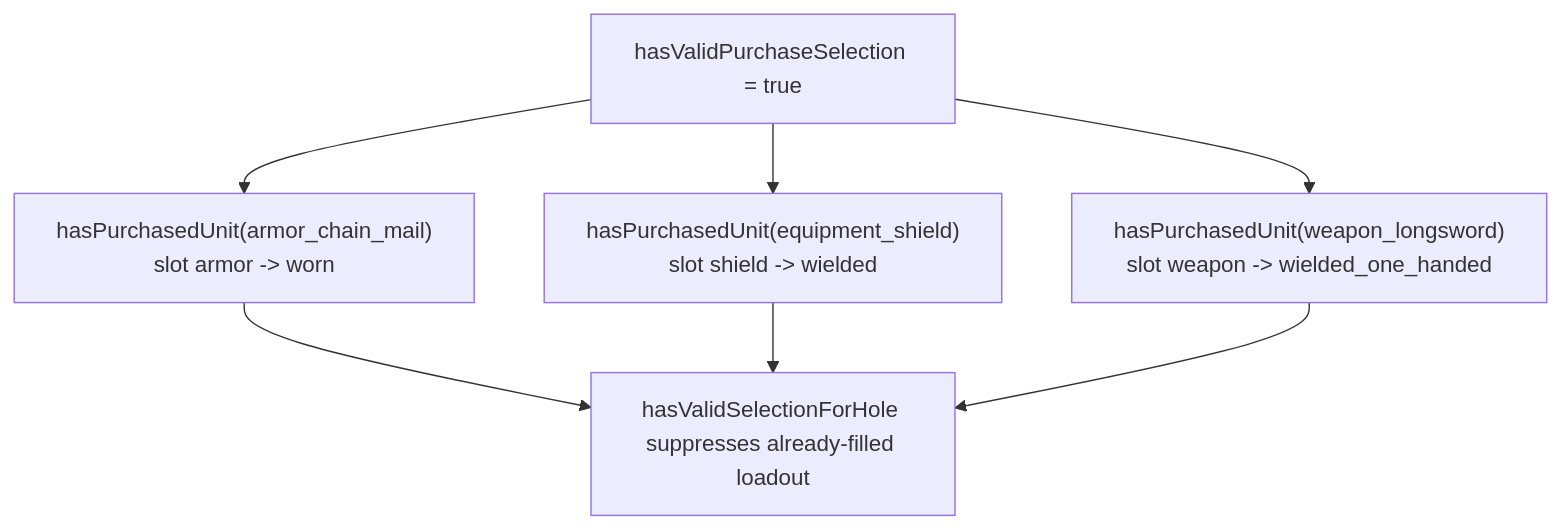
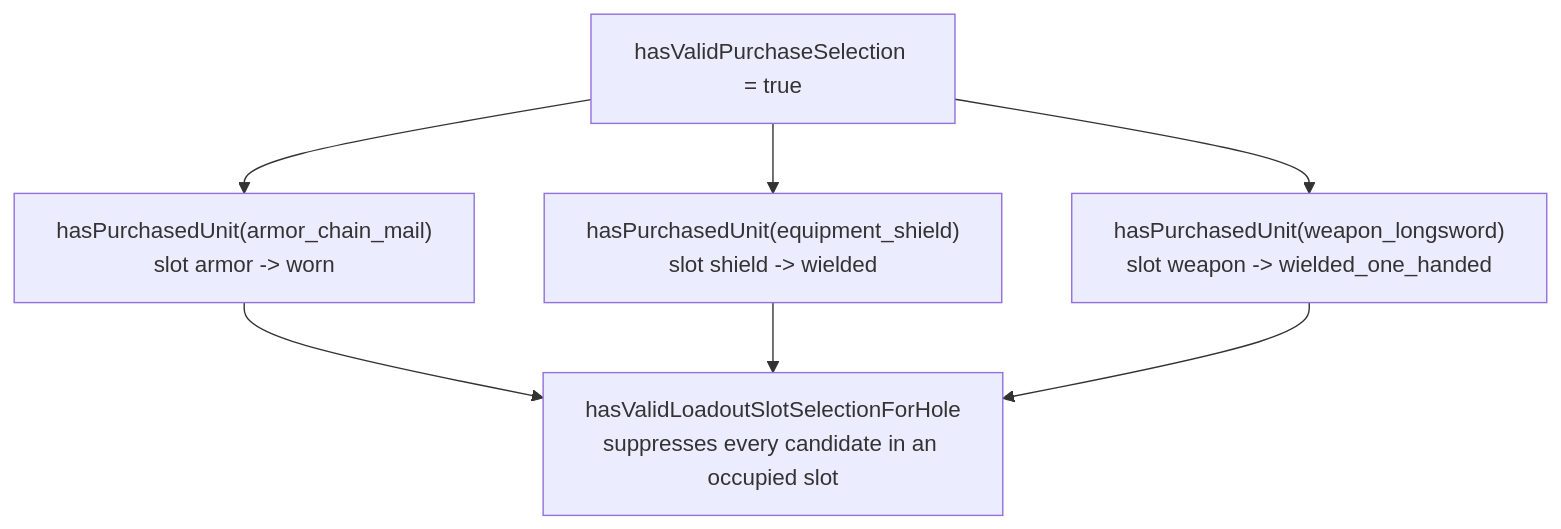
One commit to dearlordylord/5e-quint changed the eighth of 10 diagrams in packages/character-creation-runtime/EXPLANATORY_TIME_DIAGRAM.md. Above: the diagram before and after it, drawn with Mermaid. The commit also changed other lines of this file and 25 other files, not shown here.

````diff
--- a/packages/character-creation-runtime/EXPLANATORY_TIME_DIAGRAM.md
+++ b/packages/character-creation-runtime/EXPLANATORY_TIME_DIAGRAM.md
@@ -455,12 +456,12 @@
 ```mermaid
 flowchart TD
   Purchased["hasValidPurchaseSelection = true"]
   Armor["hasPurchasedUnit(armor_chain_mail)<br/>slot armor -> worn"]
   Shield["hasPurchasedUnit(equipment_shield)<br/>slot shield -> wielded"]
   Weapon["hasPurchasedUnit(weapon_longsword)<br/>slot weapon -> wielded_one_handed"]
-  Suppress["hasValidSelectionForHole suppresses already-filled loadout"]
+  Suppress["hasValidLoadoutSlotSelectionForHole<br/>suppresses every candidate in an occupied slot"]
 
   Purchased --> Armor --> Suppress
   Purchased --> Shield --> Suppress
   Purchased --> Weapon --> Suppress
 ```
````
